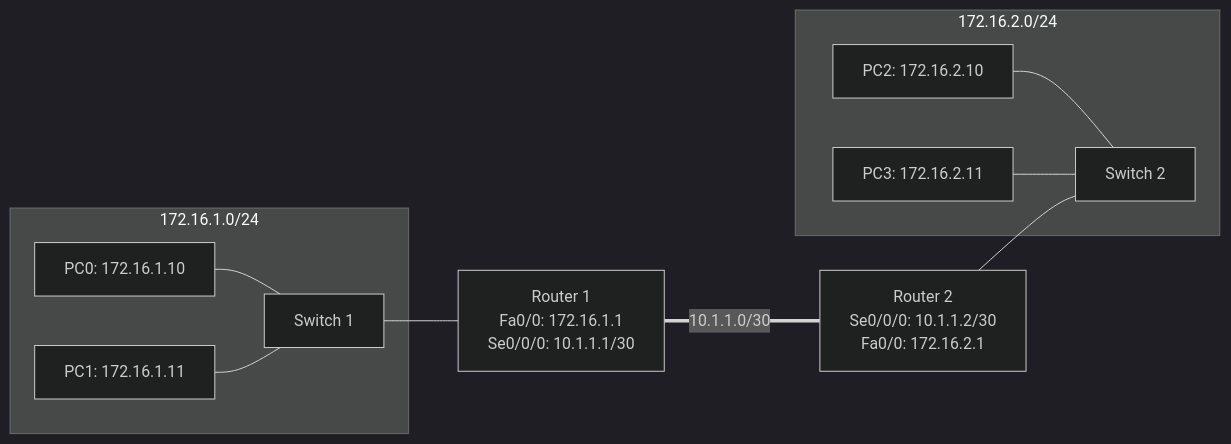
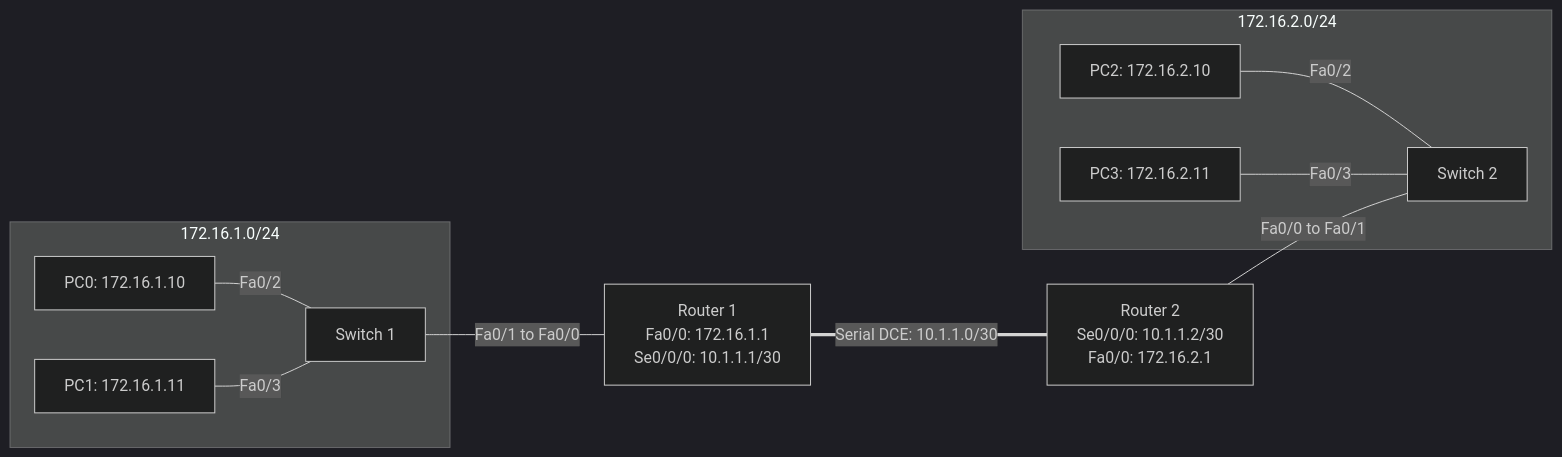
The seventh of 9 diagrams in README.md (ertval/deep-in-net), drawn with Mermaid (dark theme) before and after one commit. The commit also changed other lines of this file and 1 other file, not shown here.

````diff
--- a/README.md
+++ b/README.md
@@ -557,14 +776,14 @@
 ```mermaid
 graph LR
     subgraph Subnet 1 [172.16.1.0/24]
-        PC0[PC0: 172.16.1.10] --- SW1[Switch 1]
-        PC1[PC1: 172.16.1.11] --- SW1
+        PC0[PC0: 172.16.1.10] ---|Fa0/2| SW1[Switch 1]
+        PC1[PC1: 172.16.1.11] ---|Fa0/3| SW1
     end
     subgraph Subnet 2 [172.16.2.0/24]
-        PC2[PC2: 172.16.2.10] --- SW2[Switch 2]
-        PC3[PC3: 172.16.2.11] --- SW2
+        PC2[PC2: 172.16.2.10] ---|Fa0/2| SW2[Switch 2]
+        PC3[PC3: 172.16.2.11] ---|Fa0/3| SW2
     end
-    SW1 --- R1[Router 1<br/>Fa0/0: 172.16.1.1<br/>Se0/0/0: 10.1.1.1/30]
-    R1 ===|10.1.1.0/30| R2[Router 2<br/>Se0/0/0: 10.1.1.2/30<br/>Fa0/0: 172.16.2.1]
-    R2 --- SW2
+    SW1 ---|Fa0/1 to Fa0/0| R1[Router 1<br/>Fa0/0: 172.16.1.1<br/>Se0/0/0: 10.1.1.1/30]
+    R1 ===|Serial DCE: 10.1.1.0/30| R2[Router 2<br/>Se0/0/0: 10.1.1.2/30<br/>Fa0/0: 172.16.2.1]
+    R2 ---|Fa0/0 to Fa0/1| SW2
 ```
````
